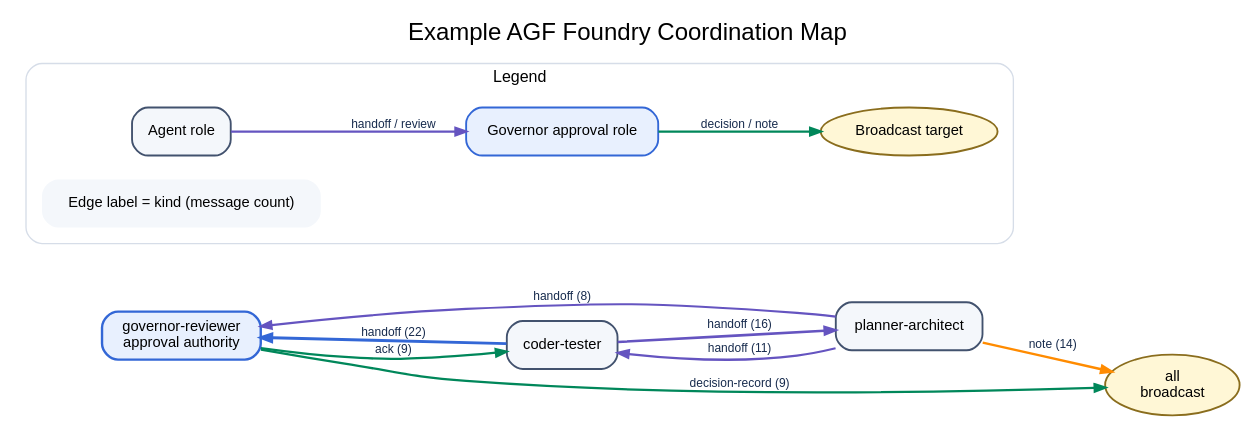
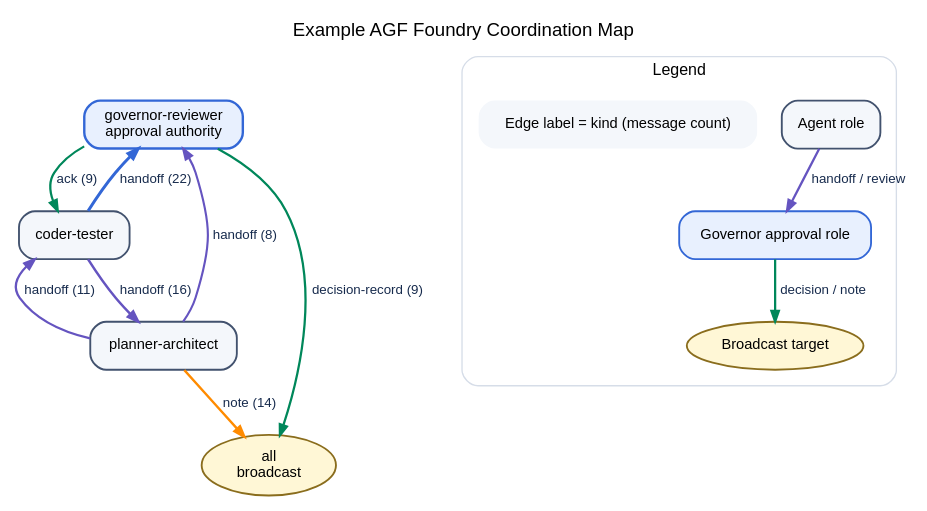
Before and after one commit to janipaijanen/agf-mirror: the diagram in agf/docs/figures/src/coordination-map-example.dot, drawn with Graphviz. The commit also changed 32 other files, not shown here.

Commit message:
docs: normalize figure readability standards

```diff
--- a/agf/docs/figures/src/coordination-map-example.dot
+++ b/agf/docs/figures/src/coordination-map-example.dot
@@ -1,129 +1,129 @@
 digraph agf_coordination_example {
   graph [
-    rankdir=LR,
+    rankdir=TB,
     bgcolor="#ffffff",
     fontname="Helvetica",
     label="Example AGF Foundry Coordination Map",
     labelloc=t,
-    fontsize=18
+    fontsize=14
   ];
   node [
     fontname="Helvetica",
     fontsize=11,
     shape=box,
     style="rounded,filled",
     color="#42526e",
     fillcolor="#f4f7fb",
     penwidth=1.4
   ];
   edge [
     fontname="Helvetica",
-    fontsize=9,
+    fontsize=10,
     color="#5e6c84",
     fontcolor="#172b4d",
     arrowsize=0.8,
     penwidth=1.4
   ];
 
   "all" [
     label="all\nbroadcast",
     shape=ellipse,
     fillcolor="#fff7d6",
     color="#8a6d1d"
   ];
   "coder-tester" [
     label="coder-tester"
   ];
   "governor-reviewer" [
     label="governor-reviewer\napproval authority",
     fillcolor="#e8f0fe",
     color="#3367d6",
     penwidth=1.8
   ];
   "planner-architect" [
     label="planner-architect"
   ];
 
   "coder-tester" -> "governor-reviewer" [
     label="handoff (22)",
     color="#3367d6",
     penwidth=2.2
   ];
   "coder-tester" -> "planner-architect" [
     label="handoff (16)",
     color="#6554c0",
     penwidth=1.9
   ];
   "governor-reviewer" -> "all" [
     label="decision-record (9)",
     color="#00875a",
     penwidth=1.7
   ];
   "governor-reviewer" -> "coder-tester" [
     label="ack (9)",
     color="#00875a",
     penwidth=1.7
   ];
   "planner-architect" -> "all" [
     label="note (14)",
     color="#ff8b00",
     penwidth=1.8
   ];
   "planner-architect" -> "coder-tester" [
     label="handoff (11)",
     color="#6554c0",
     penwidth=1.7
   ];
   "planner-architect" -> "governor-reviewer" [
     label="handoff (8)",
     color="#6554c0",
     penwidth=1.6
   ];
 
   subgraph cluster_legend {
     label="Legend";
     color="#d6dde8";
     fontname="Helvetica";
     fontsize=12;
     margin=12;
     style="rounded,filled";
     fillcolor="#ffffff";
 
     legend_role [
       label="Agent role",
       shape=box,
       style="rounded,filled",
       fillcolor="#f4f7fb",
       color="#42526e"
     ];
     legend_authority [
       label="Governor approval role",
       shape=box,
       style="rounded,filled",
       fillcolor="#e8f0fe",
       color="#3367d6"
     ];
     legend_broadcast [
       label="Broadcast target",
       shape=ellipse,
       style=filled,
       fillcolor="#fff7d6",
       color="#8a6d1d"
     ];
     legend_edge [
       label="Edge label = kind (message count)",
       shape=plaintext
     ];
 
     legend_role -> legend_authority [
       label="handoff / review",
       color="#6554c0",
       penwidth=1.7
     ];
     legend_authority -> legend_broadcast [
       label="decision / note",
       color="#00875a",
       penwidth=1.7
     ];
   }
 }
```
